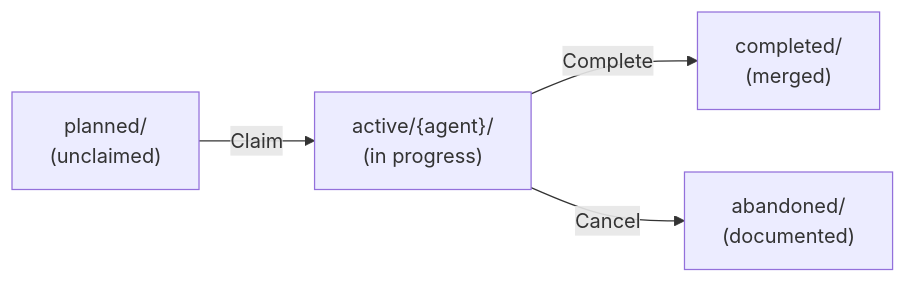
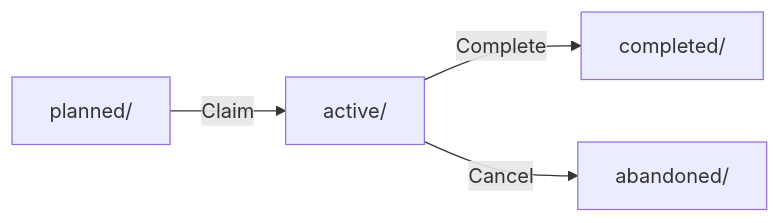
One commit to cristoslc/LLM-coding-agent-patterns changed the diagram in _AGENTS/sessions/SESSIONS-README.md. Above: the diagram before and after it, drawn with Mermaid. The commit also changed other lines of this file, not shown here.

First line of the commit message:
refactor: consolidate redundant workflow diagrams

````diff
--- a/_AGENTS/sessions/SESSIONS-README.md
+++ b/_AGENTS/sessions/SESSIONS-README.md
@@ -19,10 +21,6 @@
 ```mermaid
 flowchart LR
-    Planned["planned/
-    (unclaimed)"] -->|"Claim"| Active["active/{agent}/
-    (in progress)"]
-    Active -->|"Complete"| Completed["completed/
-    (merged)"]
-    Active -->|"Cancel"| Abandoned["abandoned/
-    (documented)"]
+    Planned["planned/"] -->|"Claim"| Active["active/"]
+    Active -->|"Complete"| Completed["completed/"]
+    Active -->|"Cancel"| Abandoned["abandoned/"]
 ```
````
